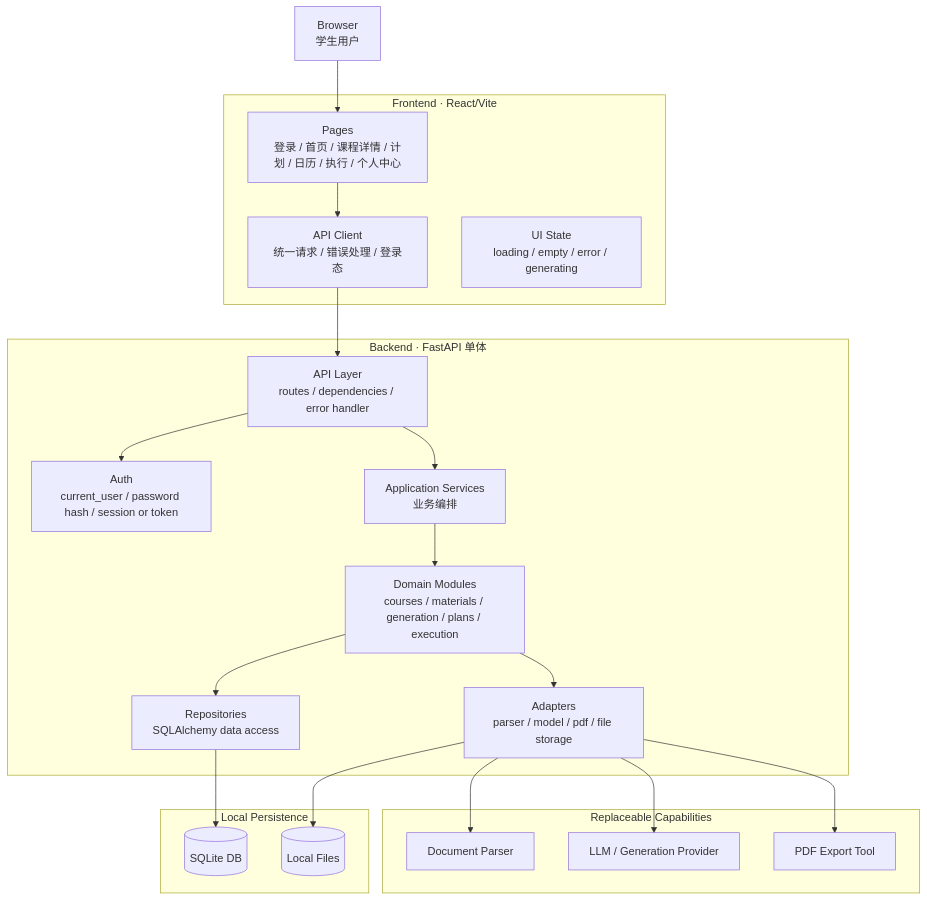
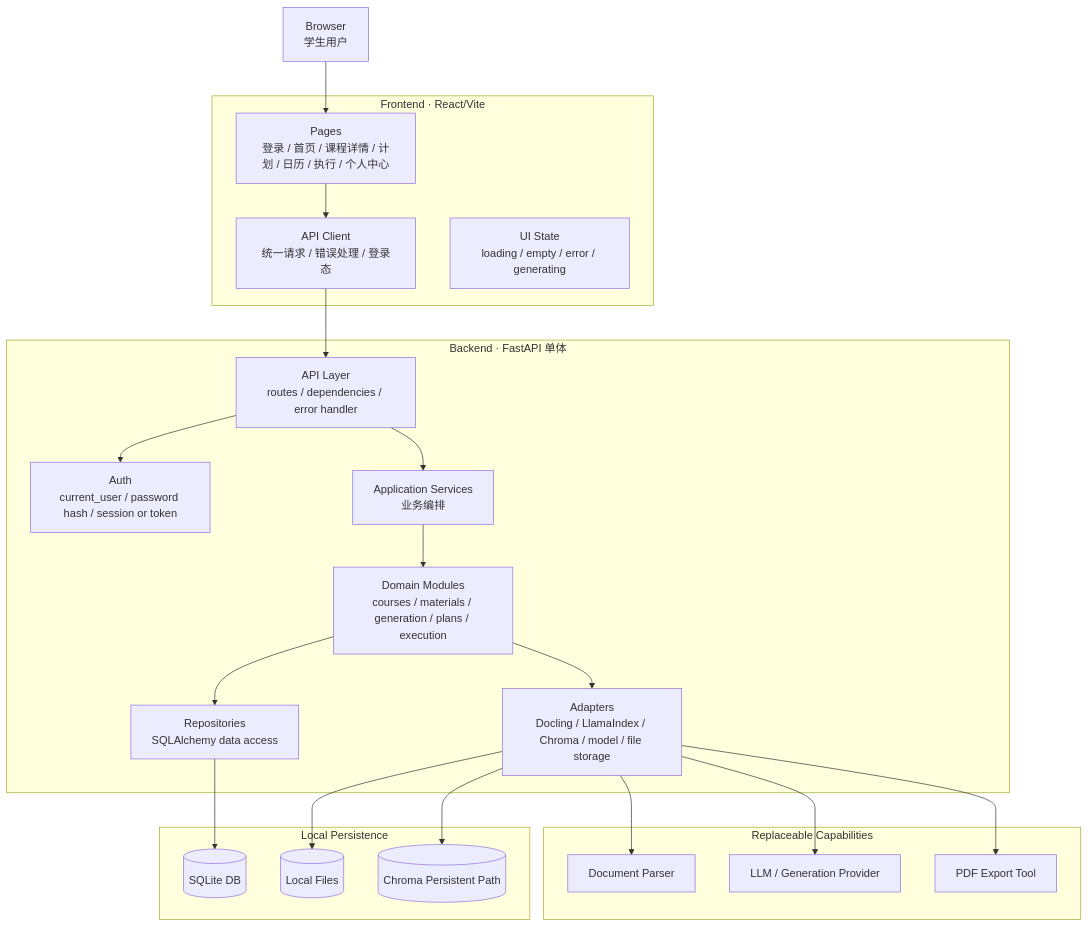
One commit to cyruan815/CourseNexus changed the first of 2 diagrams in docs/architecture/topology.md. Above: the diagram before and after it, drawn with Mermaid. The commit also changed other lines of this file and 15 other files, not shown here.

Commit message:
docs(architecture): 记录本地 RAG 业务与技术方案

````diff
--- a/docs/architecture/topology.md
+++ b/docs/architecture/topology.md
@@ -21,44 +25,46 @@
 ```mermaid
 flowchart TB
     Browser["Browser<br/>学生用户"]
 
     subgraph Frontend["Frontend · React/Vite"]
         Pages["Pages<br/>登录 / 首页 / 课程详情 / 计划 / 日历 / 执行 / 个人中心"]
         Client["API Client<br/>统一请求 / 错误处理 / 登录态"]
         State["UI State<br/>loading / empty / error / generating"]
     end
 
     subgraph Backend["Backend · FastAPI 单体"]
         ApiLayer["API Layer<br/>routes / dependencies / error handler"]
         Auth["Auth<br/>current_user / password hash / session or token"]
         AppServices["Application Services<br/>业务编排"]
         DomainModules["Domain Modules<br/>courses / materials / generation / plans / execution"]
-        Adapters["Adapters<br/>parser / model / pdf / file storage"]
+        Adapters["Adapters<br/>Docling / LlamaIndex / Chroma / model / file storage"]
         Repositories["Repositories<br/>SQLAlchemy data access"]
     end
 
     subgraph Storage["Local Persistence"]
         SQLite[("SQLite DB")]
         Files[("Local Files")]
+        Chroma[("Chroma Persistent Path")]
     end
 
     subgraph External["Replaceable Capabilities"]
         Parser["Document Parser"]
         Model["LLM / Generation Provider"]
         PdfTool["PDF Export Tool"]
     end
 
     Browser --> Pages
     Pages --> Client
     Client --> ApiLayer
     ApiLayer --> Auth
     ApiLayer --> AppServices
     AppServices --> DomainModules
     DomainModules --> Repositories
     DomainModules --> Adapters
     Repositories --> SQLite
     Adapters --> Files
+    Adapters --> Chroma
     Adapters --> Parser
     Adapters --> Model
     Adapters --> PdfTool
 ```
````
